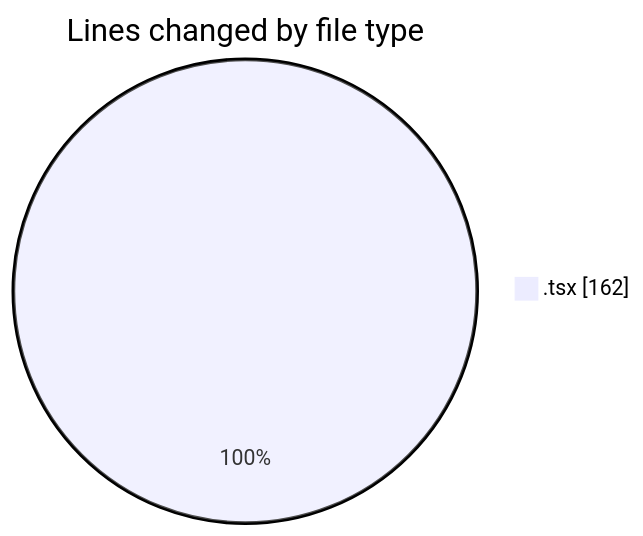
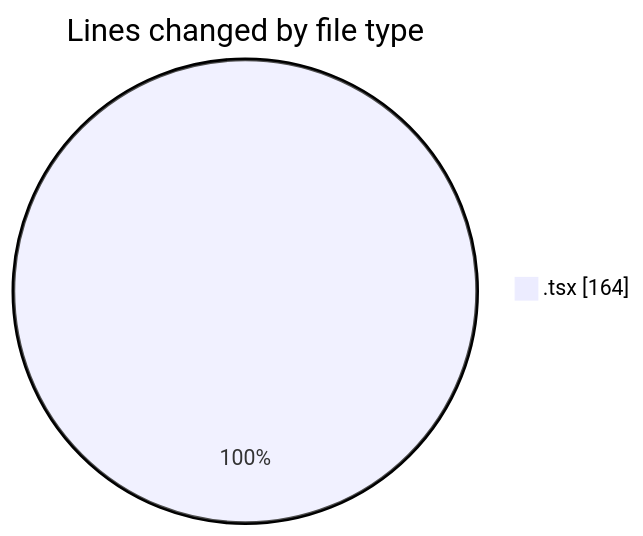
The first of 2 diagrams in 2025-11-08/eventscop-frontend-guide__workspace_/README.md (julien-gomy/code-tracking), drawn with Mermaid before and after one commit. The commit also changed other lines of this file and 1 other file, not shown here.

````diff
--- a/2025-11-08/eventscop-frontend-guide__workspace_/README.md
+++ b/2025-11-08/eventscop-frontend-guide__workspace_/README.md
@@ -21,5 +21,5 @@
 ```mermaid
 pie showData
 title Lines changed by file type
-".tsx" : 162
+".tsx" : 164
 ```
````
